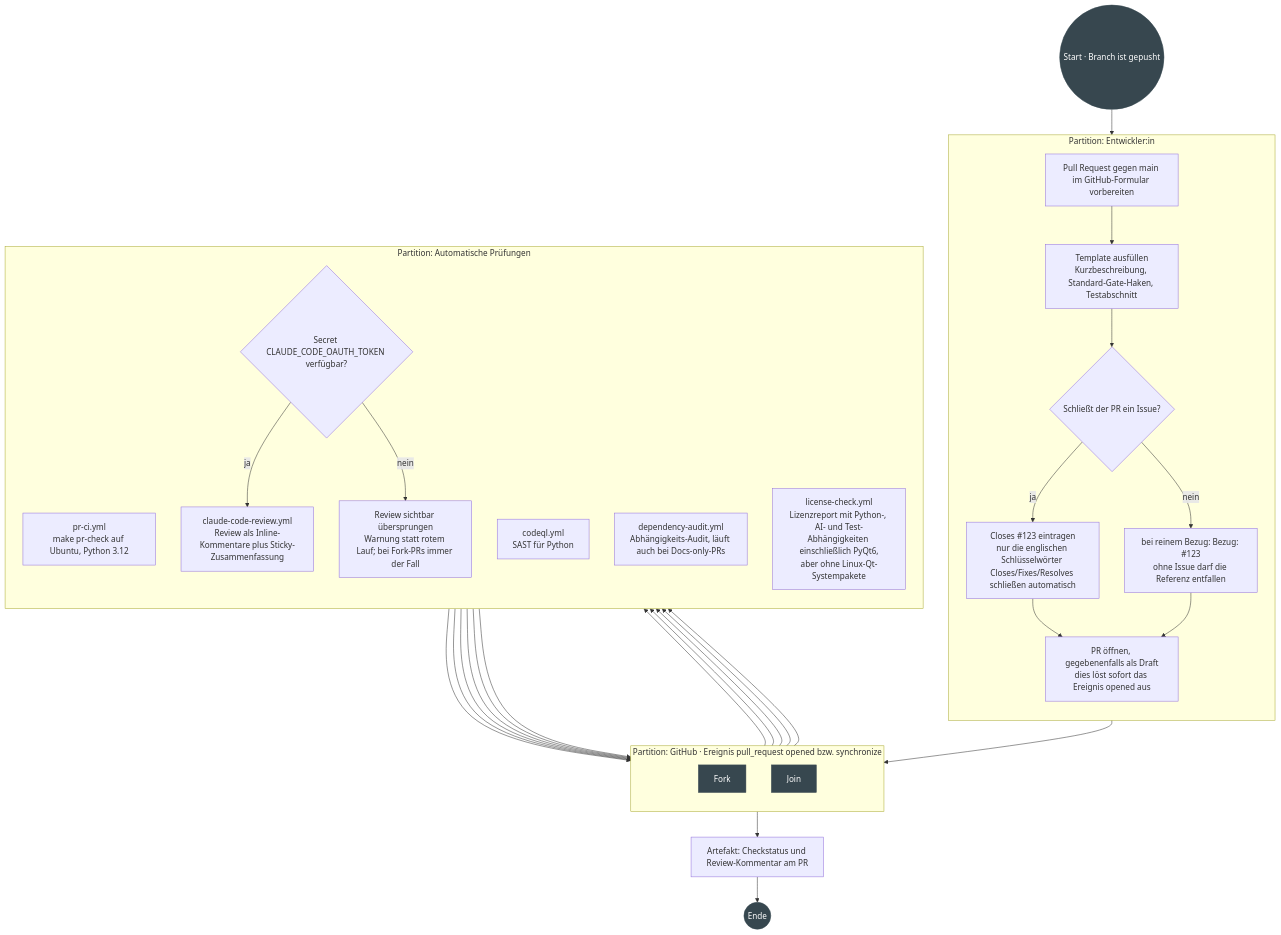
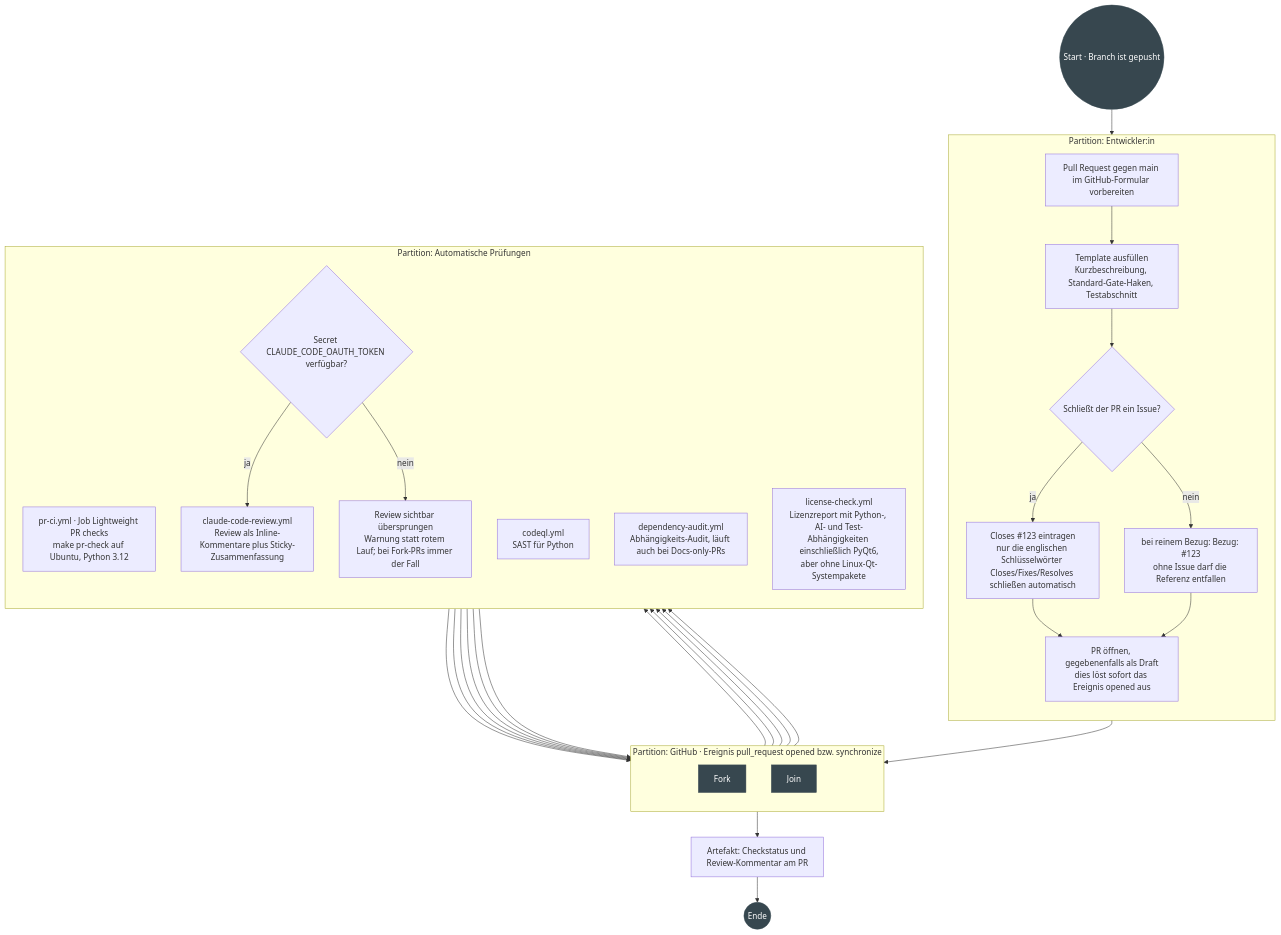
One commit to NikolayDA/picture_helper changed the second of 5 diagrams in docs/PROZESSE_UML.md. Above: the diagram before and after it, drawn with Mermaid. The commit also changed other lines of this file and 2 other files, not shown here.

````diff
--- a/docs/PROZESSE_UML.md
+++ b/docs/PROZESSE_UML.md
@@ -169,51 +175,51 @@
 ```mermaid
 flowchart TD
   START(("Start · Branch ist gepusht")):::terminal --> P1
 
   subgraph DEV["Partition: Entwickler:in"]
     direction TB
     P1["Pull Request gegen main im GitHub-Formular vorbereiten"]
     P2["Template ausfüllen<br/>Kurzbeschreibung, Standard-Gate-Haken, Testabschnitt"]
     PQ{"Schließt der PR ein Issue?"}
     P3["Closes #123 eintragen<br/>nur die englischen Schlüsselwörter Closes/Fixes/Resolves schließen automatisch"]
     P4["bei reinem Bezug: Bezug: #123<br/>ohne Issue darf die Referenz entfallen"]
     P5["PR öffnen, gegebenenfalls als Draft<br/>dies löst sofort das Ereignis opened aus"]
   end
 
   subgraph GH["Partition: GitHub · Ereignis pull_request opened bzw. synchronize"]
     direction TB
     F1["Fork"]:::bar
     J1["Join"]:::bar
   end
 
   subgraph CI["Partition: Automatische Prüfungen"]
     direction TB
-    C1["pr-ci.yml<br/>make pr-check auf Ubuntu, Python 3.12"]
+    C1["pr-ci.yml · Job Lightweight PR checks<br/>make pr-check auf Ubuntu, Python 3.12"]
     C2["codeql.yml<br/>SAST für Python"]
     C3["dependency-audit.yml<br/>Abhängigkeits-Audit, läuft auch bei Docs-only-PRs"]
     C4["license-check.yml<br/>Lizenzreport mit Python-, AI- und Test-Abhängigkeiten einschließlich PyQt6,<br/>aber ohne Linux-Qt-Systempakete"]
     CQ{"Secret CLAUDE_CODE_OAUTH_TOKEN verfügbar?"}
     C5["claude-code-review.yml<br/>Review als Inline-Kommentare plus Sticky-Zusammenfassung"]
     C6["Review sichtbar übersprungen<br/>Warnung statt rotem Lauf; bei Fork-PRs immer der Fall"]
   end
 
   P1 --> P2 --> PQ
   PQ -->|"ja"| P3 --> P5
   PQ -->|"nein"| P4 --> P5
   P5 --> F1
   F1 --> C1
   F1 --> C2
   F1 --> C3
   F1 --> C4
   F1 --> CQ
   CQ -->|"ja"| C5 --> J1
   CQ -->|"nein"| C6 --> J1
   C1 --> J1
   C2 --> J1
   C3 --> J1
   C4 --> J1
   J1 --> S1["Artefakt: Checkstatus und Review-Kommentar am PR"] --> ENDE(("Ende")):::terminal
 
   classDef terminal fill:#37474f,stroke:#37474f,color:#ffffff;
   classDef bar fill:#37474f,stroke:#37474f,color:#ffffff;
 ```
````
